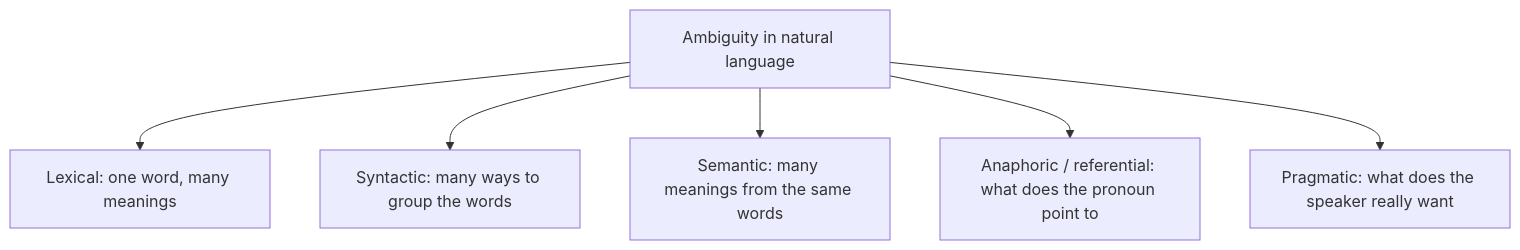
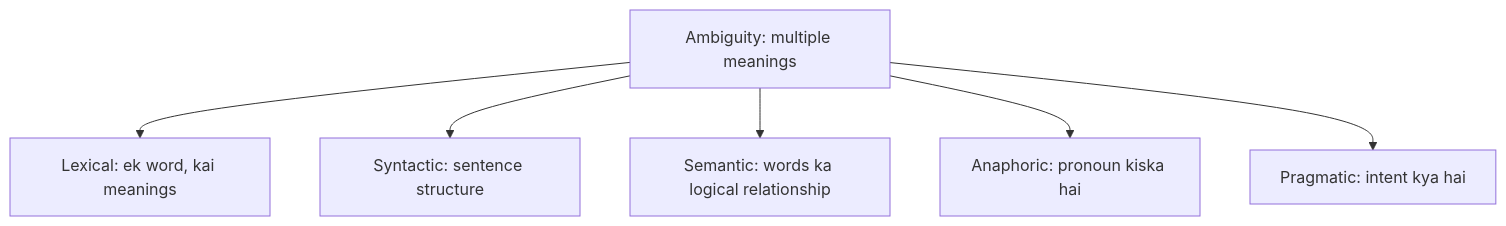
Before and after one commit to TrendySloth1001/sem-seven-notes: the first of 3 diagrams in content/natural-language-processing/notes/ambiguity-challenges.hi.mdx, drawn with Mermaid. The commit also changed other lines of this file and 406 other files, not shown here.

````diff
--- a/content/natural-language-processing/notes/ambiguity-challenges.hi.mdx
+++ b/content/natural-language-processing/notes/ambiguity-challenges.hi.mdx
@@ -63,9 +49,9 @@
 ```mermaid
-%% caption: Ambiguity ke types. Pehle do words aur structure ke baare mein hain; aakhri teen meaning, reference aur intent ke baare mein. Ye GeeksforGeeks article ke idea ka redraw hai.
+%% caption: Ambiguity ke paanch types. Poochna ye hai ki "kya unclear hai?": word, structure, logic, pronoun ya intention.
 flowchart TD
-  A["Ambiguity in natural language"] --> B["Lexical: one word, many meanings"]
-  A --> C["Syntactic: many ways to group the words"]
-  A --> D["Semantic: many meanings from the same words"]
-  A --> E["Anaphoric / referential: what does the pronoun point to"]
-  A --> F["Pragmatic: what does the speaker really want"]
+  A["Ambiguity: multiple meanings"] --> B["Lexical: ek word, kai meanings"]
+  A --> C["Syntactic: sentence structure"]
+  A --> D["Semantic: words ka logical relationship"]
+  A --> E["Anaphoric: pronoun kiska hai"]
+  A --> F["Pragmatic: intent kya hai"]
 ```
````
